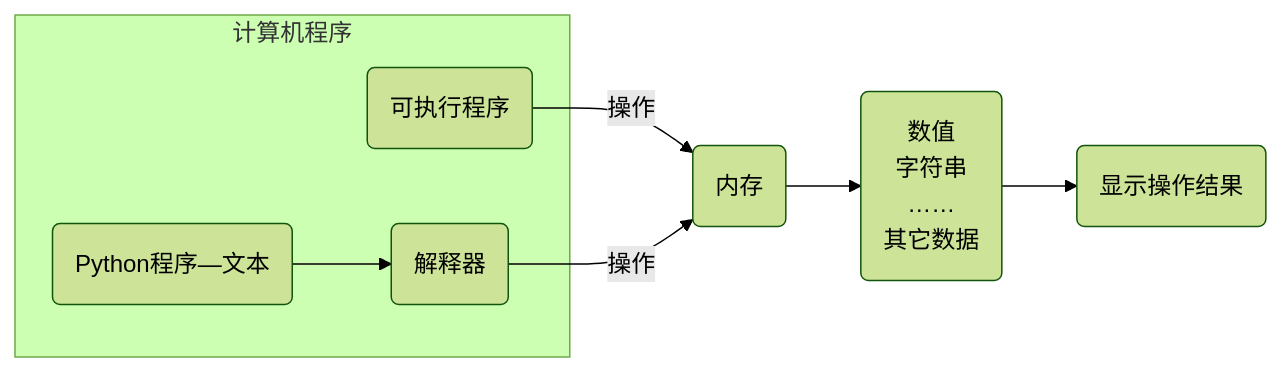
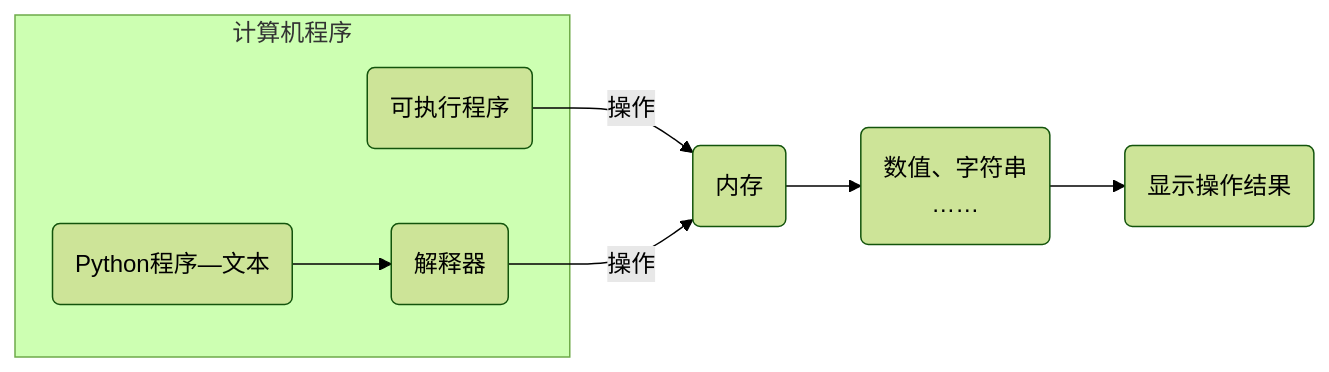
One commit to hughxusu/lesson-py changed the diagram in docs/a-base/6-原理.md. Above: the diagram before and after it, drawn with Mermaid (forest theme).

Commit message:
修改页面细节

````diff
--- a/docs/a-base/6-原理.md
+++ b/docs/a-base/6-原理.md
@@ -9,10 +9,10 @@
 ```mermaid
 graph LR
-e(可执行程序)--操作-->b(内存)-->c(数值 \n 字符串\n …… \n 其它数据)-->h(显示操作结果)
+e(可执行程序)--操作-->b(内存)-->c(数值、字符串\n …… )-->h(显示操作结果)
 f(Python程序—文本)-->g(解释器)--操作-->b
 subgraph 计算机程序
 e
 f
 g
 end
 ```
````
